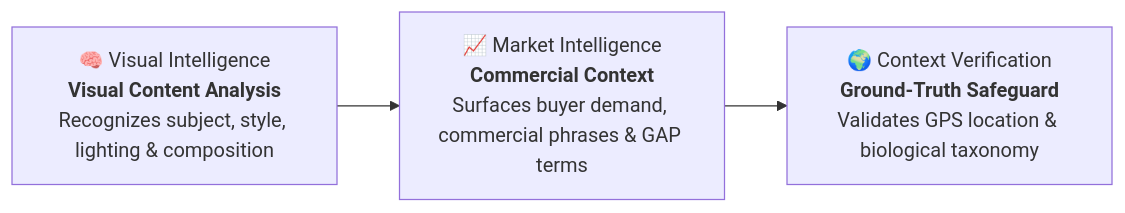
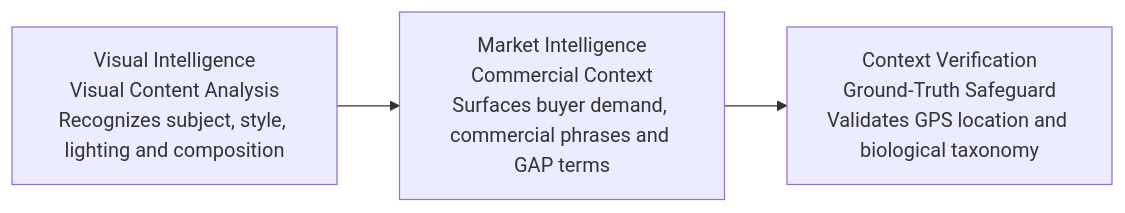
One commit to Artushfoto/ArtushVision-AI changed the first of 2 diagrams in docs/microstock-seo-sales-engine.md. Above: the diagram before and after it, drawn with Mermaid. The commit also changed other lines of this file, not shown here.

````diff
--- a/docs/microstock-seo-sales-engine.md
+++ b/docs/microstock-seo-sales-engine.md
@@ -160,5 +36,5 @@
 ```mermaid
 flowchart LR
-    A["🧠 Visual Intelligence<br/><b>Visual Content Analysis</b><br/>Recognizes subject, style, lighting & composition"] --> B["📈 Market Intelligence<br/><b>Commercial Context</b><br/>Surfaces buyer demand, commercial phrases & GAP terms"]
-    B --> C["🌍 Context Verification<br/><b>Ground-Truth Safeguard</b><br/>Validates GPS location & biological taxonomy"]
+    A["Visual Intelligence<br>Visual Content Analysis<br>Recognizes subject, style, lighting and composition"] --> B["Market Intelligence<br>Commercial Context<br>Surfaces buyer demand, commercial phrases and GAP terms"]
+    B --> C["Context Verification<br>Ground-Truth Safeguard<br>Validates GPS location and biological taxonomy"]
 ```
````
